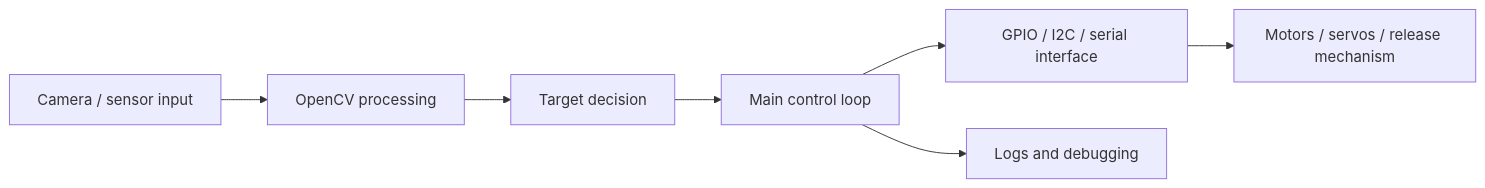
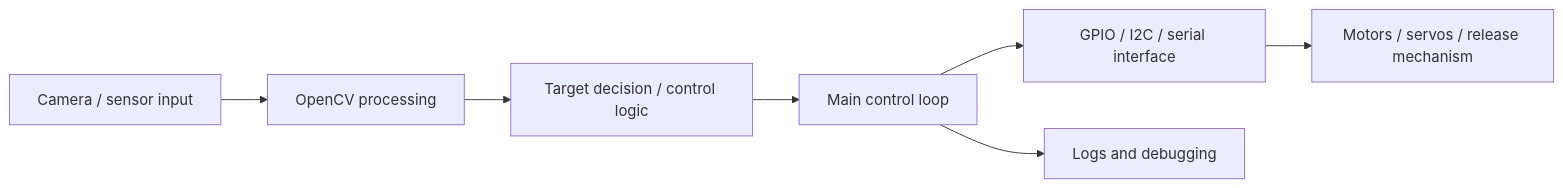
Before and after one commit to TianBingzhuo/engineering-innovation-robot-control: the diagram in docs/system-architecture.md, drawn with Mermaid. The commit also changed other lines of this file and 2 other files, not shown here.

````diff
--- a/docs/system-architecture.md
+++ b/docs/system-architecture.md
@@ -3,9 +3,9 @@
 ```mermaid
 flowchart LR
   A["Camera / sensor input"] --> B["OpenCV processing"]
-  B --> C["Target decision"]
+  B --> C["Target decision / control logic"]
   C --> D["Main control loop"]
   D --> E["GPIO / I2C / serial interface"]
   E --> F["Motors / servos / release mechanism"]
   D --> G["Logs and debugging"]
 ```
````
